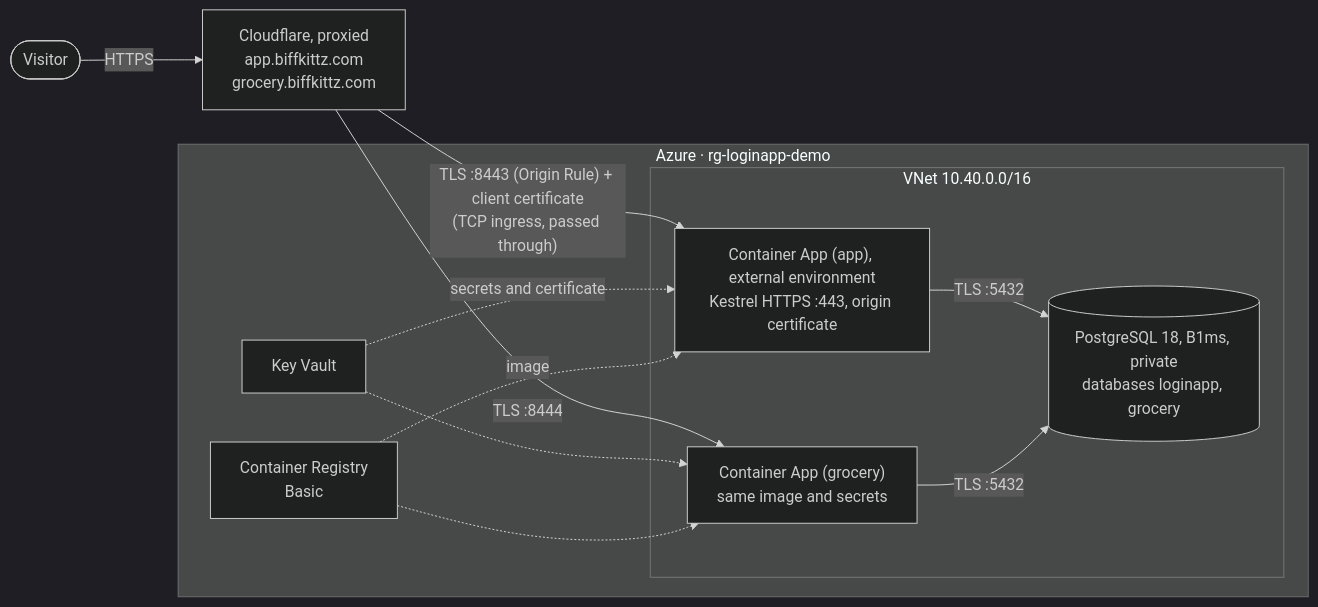
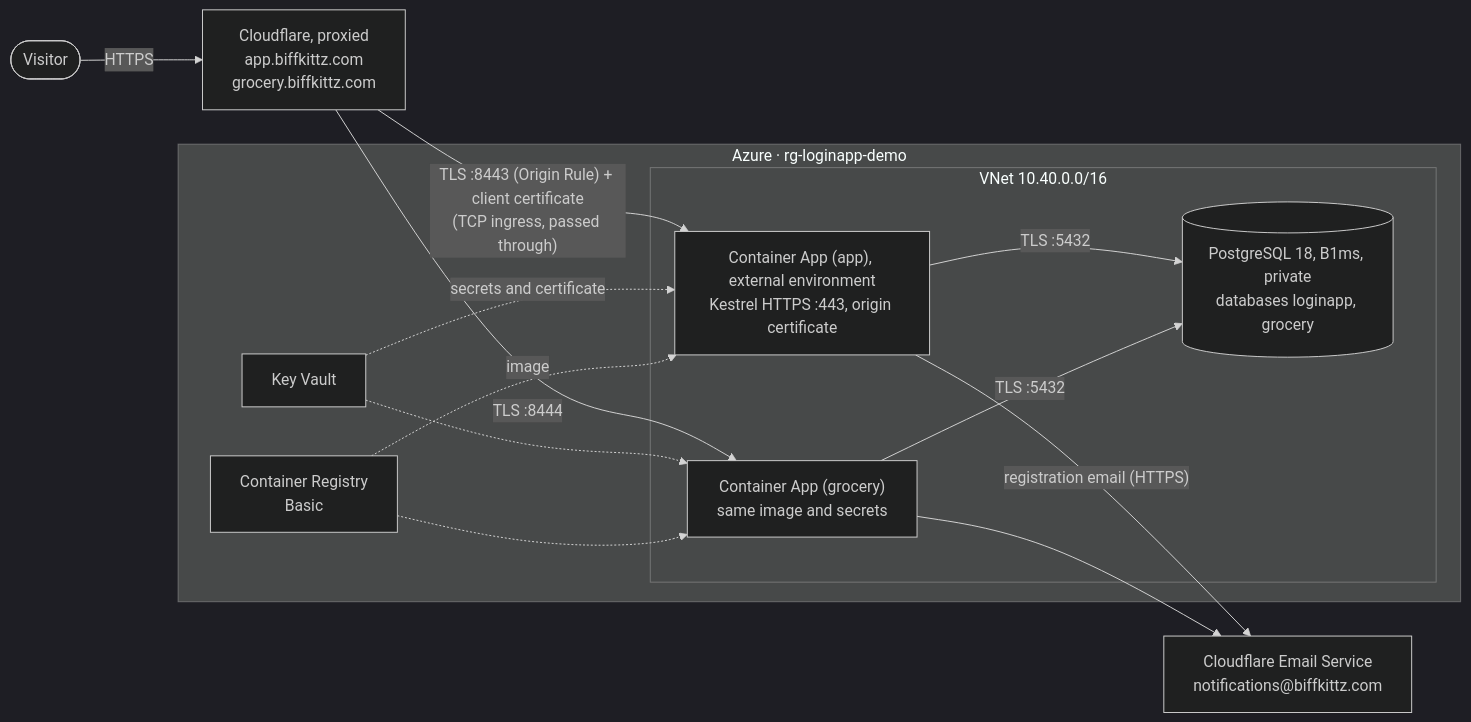
One commit to biffkittz/login-app changed the diagram in infra/README.md. Above: the diagram before and after it, drawn with Mermaid (dark theme). The commit also changed other lines of this file and 83 other files, not shown here.

````diff
--- a/infra/README.md
+++ b/infra/README.md
@@ -11,18 +13,20 @@
 ```mermaid
 flowchart LR
   visitor([Visitor]) -->|HTTPS| cf[Cloudflare, proxied<br/>app.biffkittz.com<br/>grocery.biffkittz.com]
   cf -->|"TLS :8443 (Origin Rule) + client certificate<br/>(TCP ingress, passed through)"| app
   cf -->|"TLS :8444"| app2
   subgraph azure[Azure · rg-loginapp-demo]
     subgraph vnet[VNet 10.40.0.0/16]
       app["Container App (app), external environment<br/>Kestrel HTTPS :443, origin certificate"]
       app2["Container App (grocery)<br/>same image and secrets"]
       app -->|TLS :5432| pg[(PostgreSQL 18, B1ms, private<br/>databases loginapp, grocery)]
       app2 -->|TLS :5432| pg
     end
     kv[Key Vault] -.->|secrets and certificate| app
     kv -.-> app2
     acr[Container Registry<br/>Basic] -.->|image| app
     acr -.-> app2
   end
+  app -->|"registration email (HTTPS)"| mail[Cloudflare Email Service<br/>notifications@biffkittz.com]
+  app2 --> mail
 ```
````
